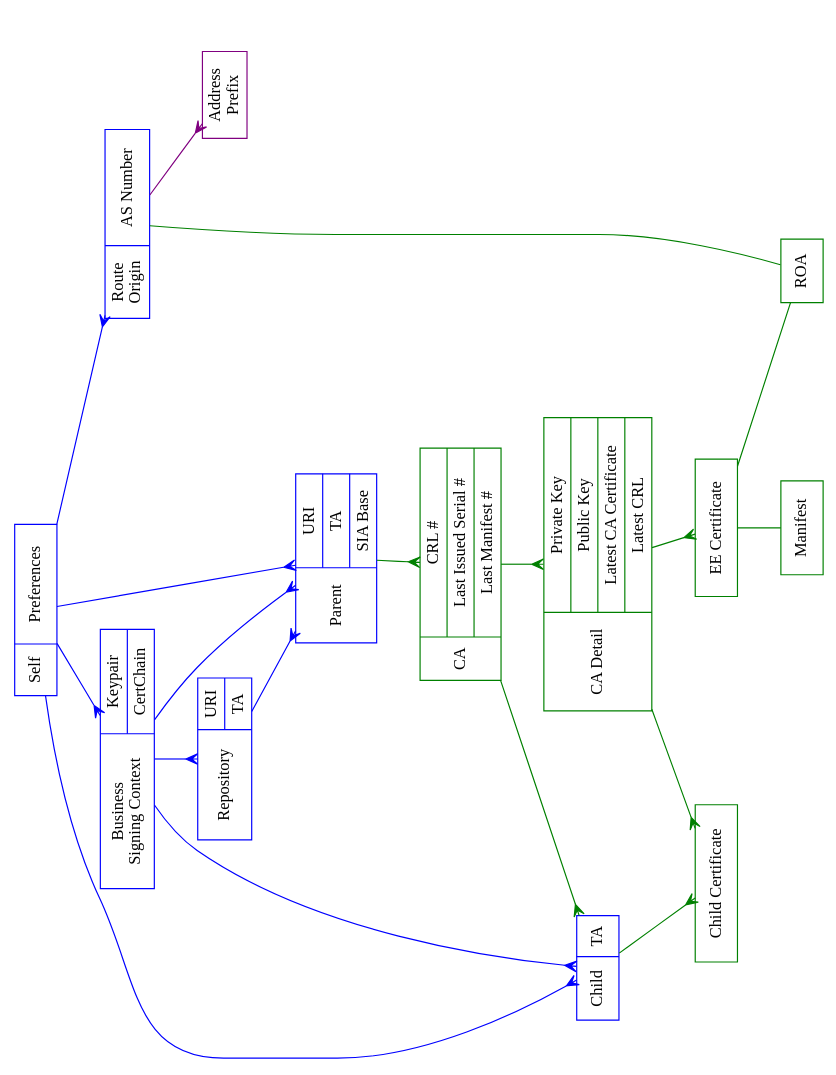
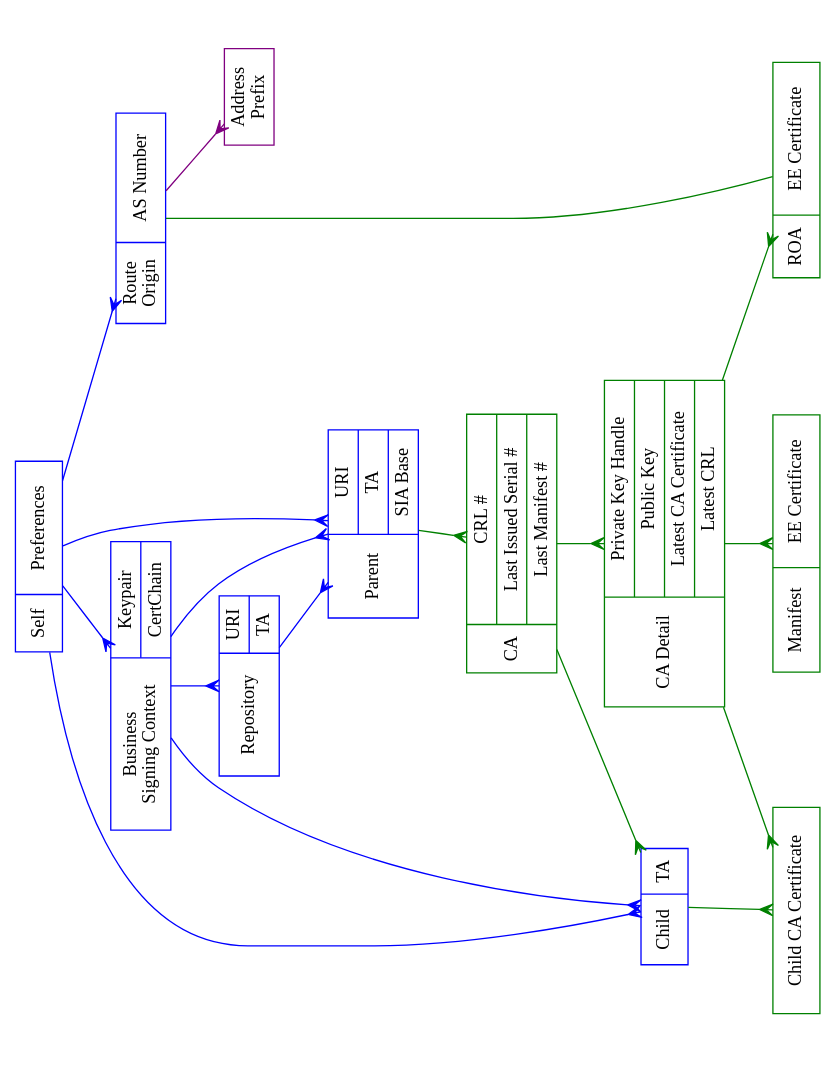
The diagram in docs/repository-engine-objects.dot (dragonresearch/rpki.net), drawn with Graphviz before and after one commit. The commit also changed 1 other file, not shown here.

```diff
--- a/docs/repository-engine-objects.dot
+++ b/docs/repository-engine-objects.dot
@@ -1,92 +1,88 @@
 // $URL$
 // $Id$
 //
 // {arrowhead,arrowtail} shapes indicate database object relationships:
 //   1-  none
 //   m-  crow
 //
 // Color code:
 //   Blue:  visible in left-right protocol
 //   Green: created on the fly
 
 digraph rpki_engine_objects {
 	rotate=90;	size="11,8.5";	splines=true;	ratio=fill;
 	node		[ shape=record ];
 
 	// Objects visible in left-to-right protocol
 	node		[ color=blue ];
 	self		[ label="Self|{Preferences}" ];
 	parent		[ label="Parent|{URI|TA|SIA Base}" ];
 	repo		[ label="Repository|{URI|TA}" ];
 	child		[ label="Child|{TA}" ];
 	biz_sign	[ label="Business\nSigning Context|{Keypair|CertChain}" ];
 	route_origin	[ label="Route\nOrigin|{AS Number}" ];
 
 	// Objects which left-right protocol sees as part of other
 	// objects but which SQL needs to be separate for
 	// normalization.
 
 	addr_set	[ label="Address\nPrefix", color=purple ];
 
 	// Objects created on the fly by the RPKI engine
 	node		[ color=green ];
 	ca		[ label="CA|{CRL #|Last Issued Serial #|Last Manifest #}" ];
-	ca_detail	[ label="CA Detail|{Private Key|Public Key|Latest CA Certificate|Latest CRL}" ];
-
-	// Do we need to store ee_cert objects in database at all?
-	ee_cert		[ label="EE Certificate" ];
+	ca_detail	[ label="CA Detail|{Private Key Handle|Public Key|Latest CA Certificate|Latest CRL}" ];
 
 	// Some question whether these objects need to be in database
 	// per se or are just properties hanging on some other object
 	// like ca or ca_detail.  For manifests, we need last serial,
 	// same as for CRL.
-	roa		[ label="ROA" ];
-	manifest	[ label="Manifest" ];
+	roa		[ label="ROA|{EE Certificate}" ];
+	manifest	[ label="Manifest|{EE Certificate}" ];
 
 	// This one is a table of everything we have ever issued to
 	// this child, not to be confused with what's -currently-
 	// issued to this child.  Some question whether this hangs off
 	// ca or ca_detail, but we -think- hanging off of ca_detail is
 	// correct because certificates are issued by a particular
 	// keypair.
 
-	child_cert	[ label="Child Certificate" ];
+	child_cert	[ label="Child CA Certificate" ];
 
 	// One-many mappings
 	edge [ color=blue, arrowtail=none, arrowhead=crow ];
 	self -> biz_sign;
 	biz_sign -> child;
 	biz_sign -> parent;
 	biz_sign -> repo;
 	self -> child;
 	self -> parent;
 	repo -> parent;
 	self -> route_origin;
 
 	route_origin -> addr_set [ color=purple, arrowtail=none, arrowhead=crow ];
 
 	// This is many-many because each child is an entity, each CA
 	// can have multiple children, and each child can hold certs
 	// from multiple CAs (thanks, RobL).
 	//
 	ca -> child	[ color=green, arrowtail=crow, arrowhead=crow ];
 
 	// One-many mappings
 	edge [ color=green, arrowtail=none, arrowhead=crow ];
 	ca -> ca_detail;
 	child -> child_cert;
 	parent -> ca;
 	ca_detail -> child_cert;
-	ca_detail -> ee_cert;
+	ca_detail -> manifest;
+	ca_detail -> roa;
 
 	// One-one mapping -- separate object to highlight dynamic nature
 	edge [ color=green, arrowtail=none, arrowhead=none, style=solid ];
-	ee_cert -> roa;
-	ee_cert -> manifest;
 	route_origin -> roa;
 
 }
 
 // Local Variables:
 // compile-command: "dot -Tps2 repository-engine-objects.dot | ps2pdf - repository-engine-objects.pdf"
 // End:
```
